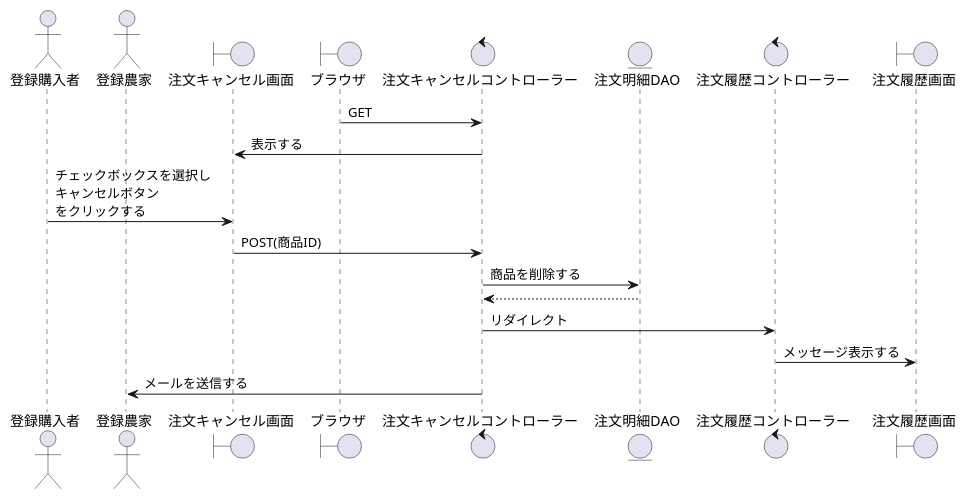
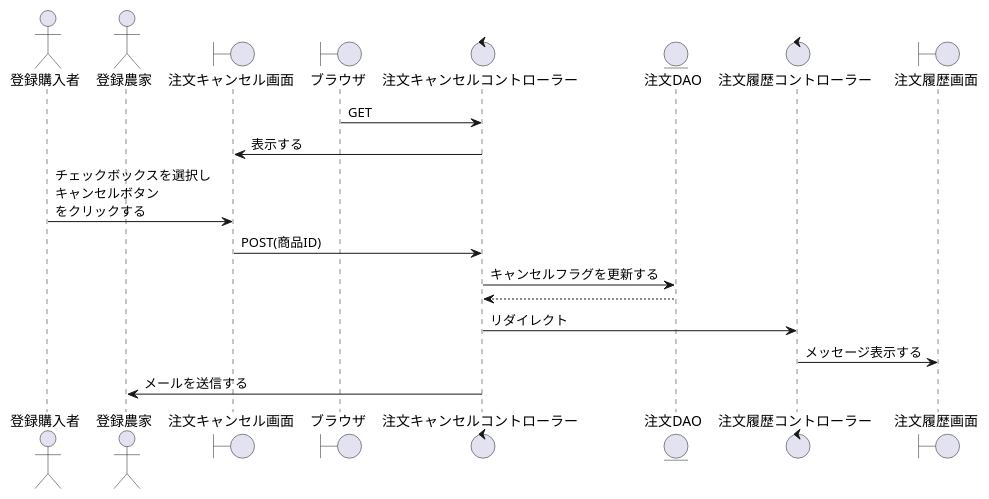
The diagram in PJ_シーケンス/購入者/注文キャンセル.wsd (SK-B-S/PJ), drawn with PlantUML before and after one commit. The commit also changed 2 other files, not shown here.

```diff
--- a/PJ_シーケンス/購入者/注文キャンセル.wsd
+++ b/PJ_シーケンス/購入者/注文キャンセル.wsd
@@ -1,22 +1,22 @@
 @startuml 注文キャンセル
 
 actor "登録購入者" as account
 actor "登録農家" as f
 boundary "注文キャンセル画面" as delete_product
 boundary "ブラウザ" as brz
 control  "注文キャンセルコントローラー" as history_c
-entity   "注文明細DAO" as history_db
+entity   "注文DAO" as history_db
 control  "注文履歴コントローラー" as completion_c
 boundary "注文履歴画面" as ccc
 
 '-------------------------------------------------------------------------
 brz -> history_c : GET
 history_c -> delete_product : 表示する
 account -> delete_product : チェックボックスを選択し\nキャンセルボタン\nをクリックする
 delete_product -> history_c : POST(商品ID)
-history_c -> history_db : 商品を削除する
+history_c -> history_db : キャンセルフラグを更新する
 history_c <-- history_db
 history_c -> completion_c : リダイレクト
 completion_c -> ccc : メッセージ表示する
 history_c -> f : メールを送信する
 @enduml
```
